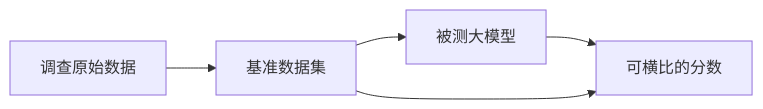
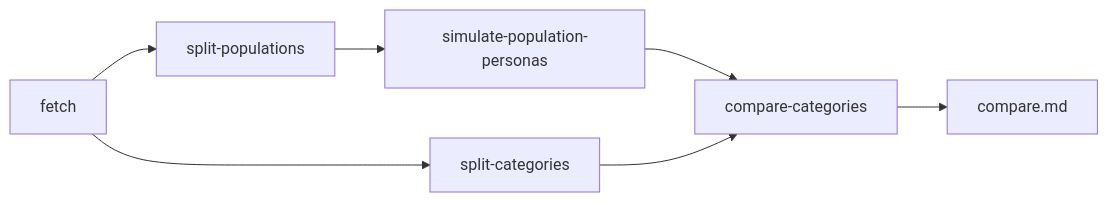
Before and after one commit to csxAIEngineer/BenchMarkForSimulation: the diagram in README.md, drawn with Mermaid. The commit also changed other lines of this file and 22 other files, not shown here.

````diff
--- a/README.md
+++ b/README.md
@@ -7,11 +7,15 @@
 ```mermaid
 flowchart LR
-  sources[调查原始数据]
-  dataset[基准数据集]
-  model[被测大模型]
-  score[可横比的分数]
-  sources --> dataset
-  dataset --> model
-  model --> score
-  dataset --> score
+  fetch[fetch]
+  splitPop[split-populations]
+  splitCat[split-categories]
+  cards[simulate-population-personas]
+  answer[compare-categories]
+  score[compare.md]
+  fetch --> splitPop
+  fetch --> splitCat
+  splitPop --> cards
+  cards --> answer
+  splitCat --> answer
+  answer --> score
 ```
````
